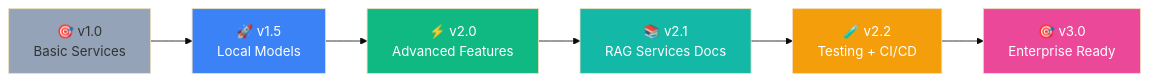
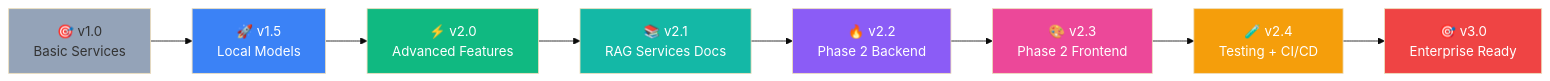
One commit to SkastVnT/AI-Assistant changed diagram 20 of 20 in README.md. Above: the diagram before and after it, drawn with Mermaid (base theme). The commit also changed other lines of this file, not shown here.

First line of the commit message:
docs: Update README with Phase 2 Advanced Features

````diff
--- a/README.md
+++ b/README.md
@@ -2355,15 +2424,19 @@
 ```mermaid
 graph LR
     A[🎯 v1.0<br/>Basic Services] --> B[🚀 v1.5<br/>Local Models]
     B --> C[⚡ v2.0<br/>Advanced Features]
     C --> D[📚 v2.1<br/>RAG Services Docs]
-    D --> E[🧪 v2.2<br/>Testing + CI/CD]
-    E --> F[🎯 v3.0<br/>Enterprise Ready]
+    D --> E[🔥 v2.2<br/>Phase 2 Backend]
+    E --> F[🎨 v2.3<br/>Phase 2 Frontend]
+    F --> G[🧪 v2.4<br/>Testing + CI/CD]
+    G --> H[🎯 v3.0<br/>Enterprise Ready]
     
     style A fill:#94A3B8
     style B fill:#3B82F6,color:#fff
     style C fill:#10B981,color:#fff
     style D fill:#14B8A6,color:#fff
-    style E fill:#F59E0B,color:#fff
+    style E fill:#8B5CF6,color:#fff
     style F fill:#EC4899,color:#fff
+    style G fill:#F59E0B,color:#fff
+    style H fill:#EF4444,color:#fff
 ```
````
